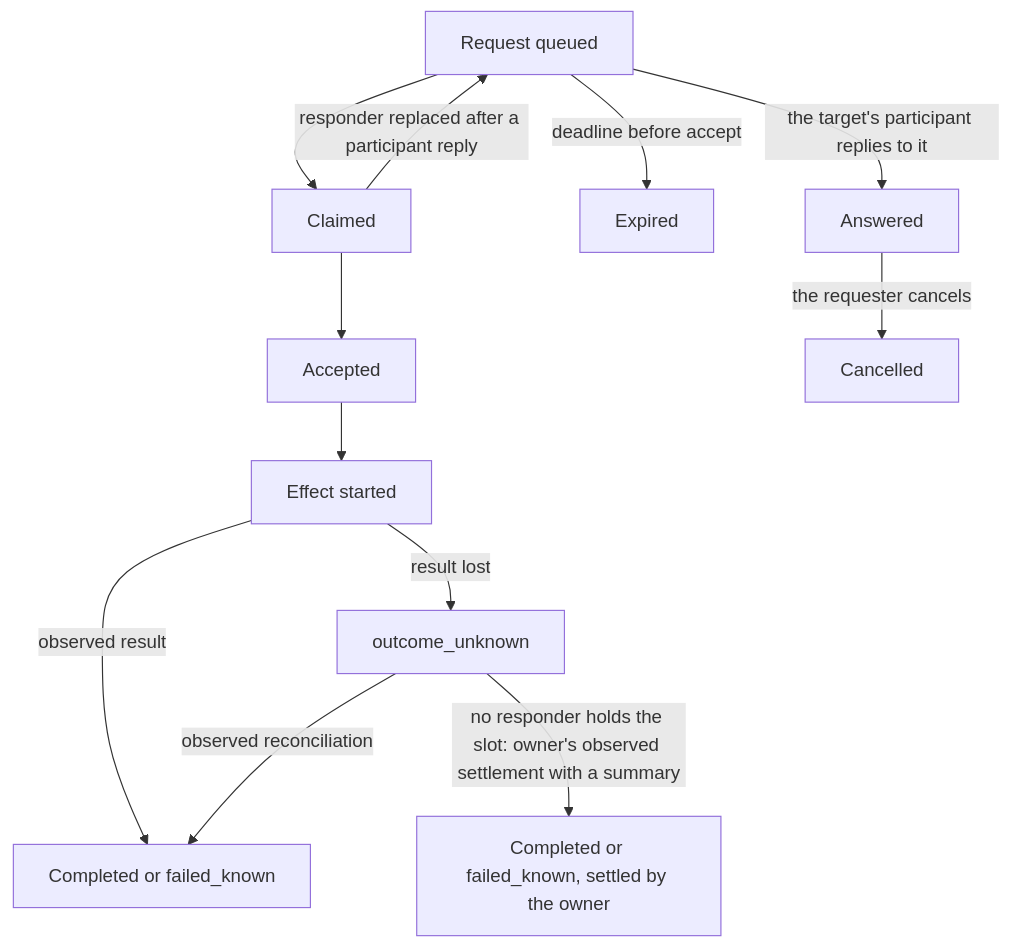
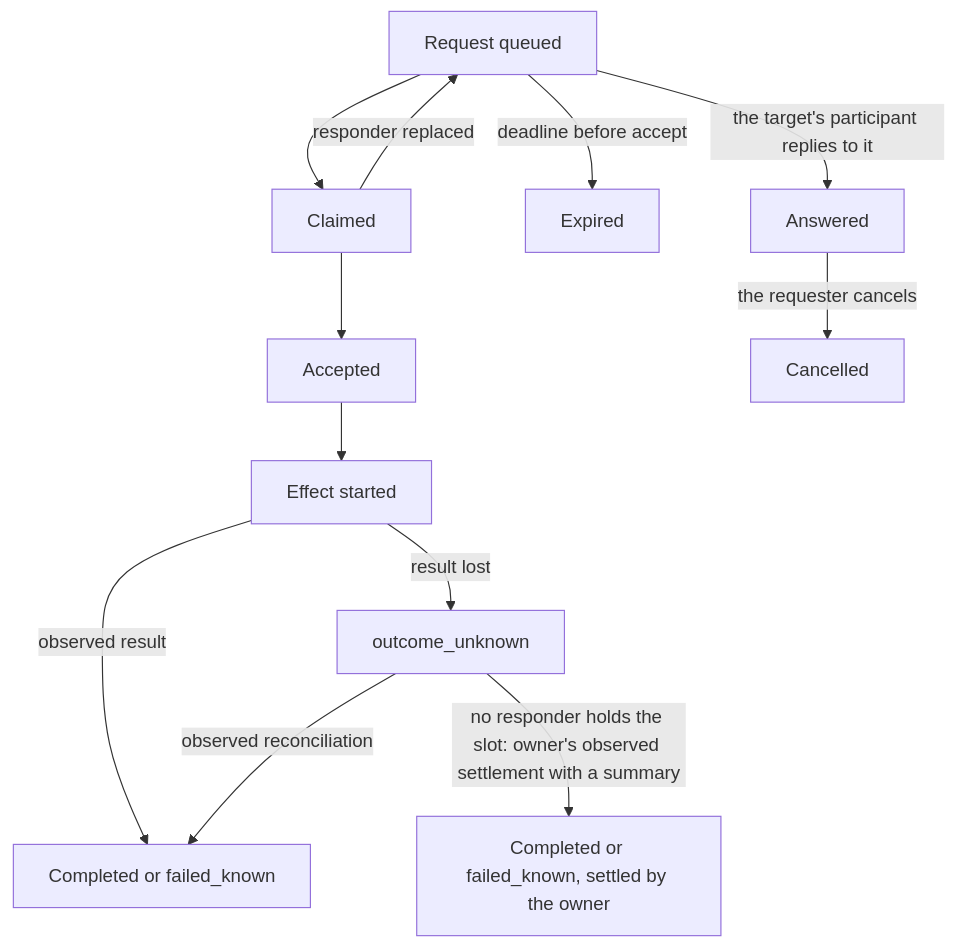
Before and after one commit to passioncode-ai/fabric-agent-contract: diagram 16 of 21 in docs/ux/flows.md, drawn with Mermaid. The commit also changed 10 other files, not shown here.

````diff
--- a/docs/ux/flows.md
+++ b/docs/ux/flows.md
@@ -397,14 +397,14 @@
 ```mermaid
 flowchart TD
   Q[Request queued] --> C[Claimed]
   C --> A[Accepted]
   A --> E[Effect started]
   E -->|observed result| D[Completed or failed_known]
   E -->|result lost| U[outcome_unknown]
   U -->|observed reconciliation| D
   U -->|no responder holds the slot: owner's observed settlement with a summary| O[Completed or failed_known, settled by the owner]
   Q -->|deadline before accept| X[Expired]
   Q -->|the target's participant replies to it| N[Answered]
-  C -->|responder replaced after a participant reply| Q
+  C -->|responder replaced| Q
   N -->|the requester cancels| K[Cancelled]
 ```
````
